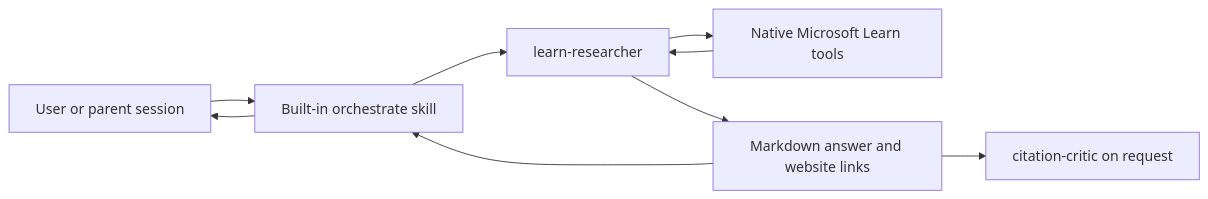
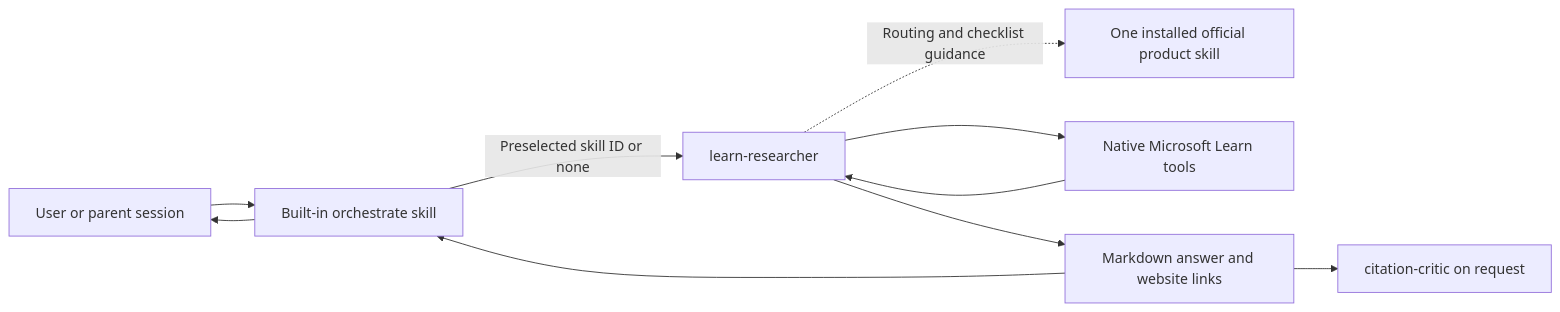
One commit to msucharda/azure-learn-copilot-app changed the diagram in docs/architecture.md. Above: the diagram before and after it, drawn with Mermaid. The commit also changed other lines of this file and 7 other files, not shown here.

````diff
--- a/docs/architecture.md
+++ b/docs/architecture.md
@@ -7,11 +7,12 @@
 ```mermaid
 flowchart LR
     U[User or parent session] --> O[Built-in orchestrate skill]
-    O --> R[learn-researcher]
+    O -->|Preselected skill ID or none| R[learn-researcher]
+    R -. Routing and checklist guidance .-> S[One installed official product skill]
     R --> L[Native Microsoft Learn tools]
     L --> R
     R --> A[Markdown answer and website links]
     A --> O
     O --> U
     A --> C[citation-critic on request]
 ```
````
